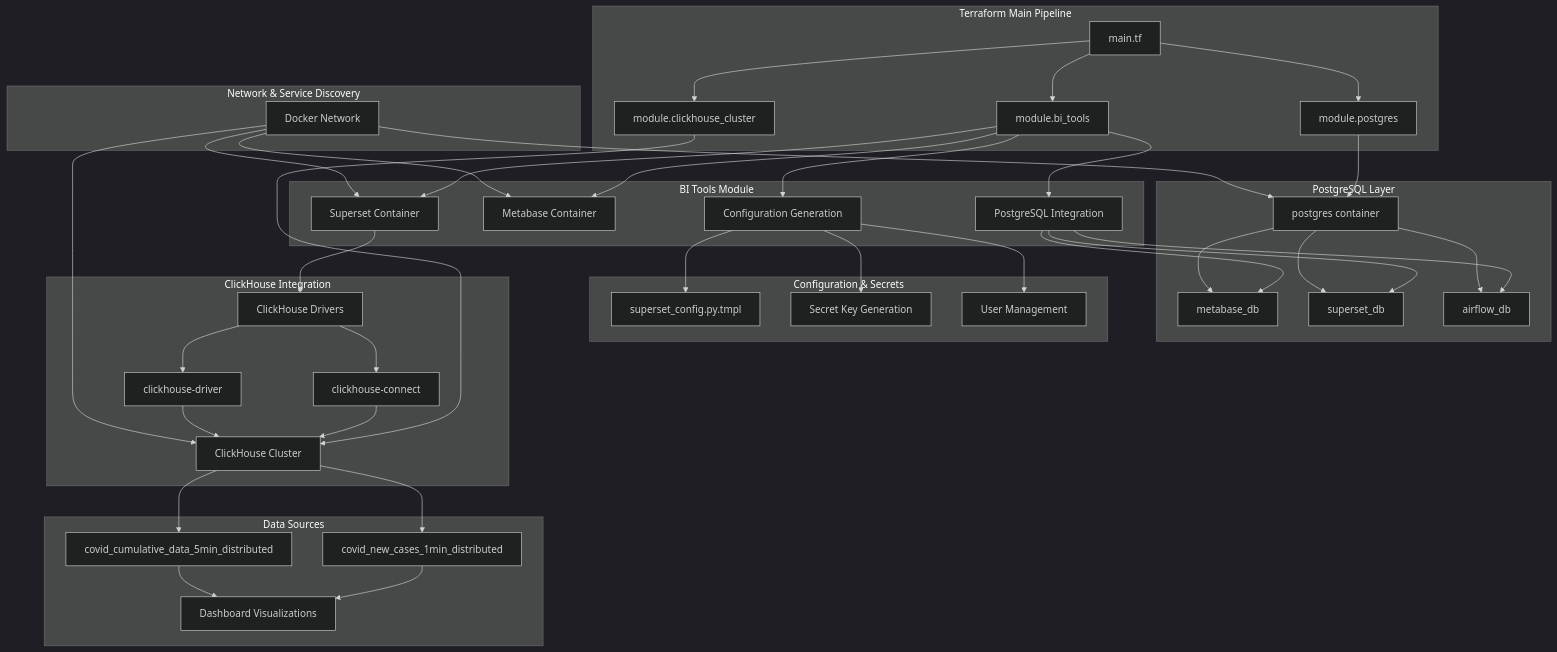
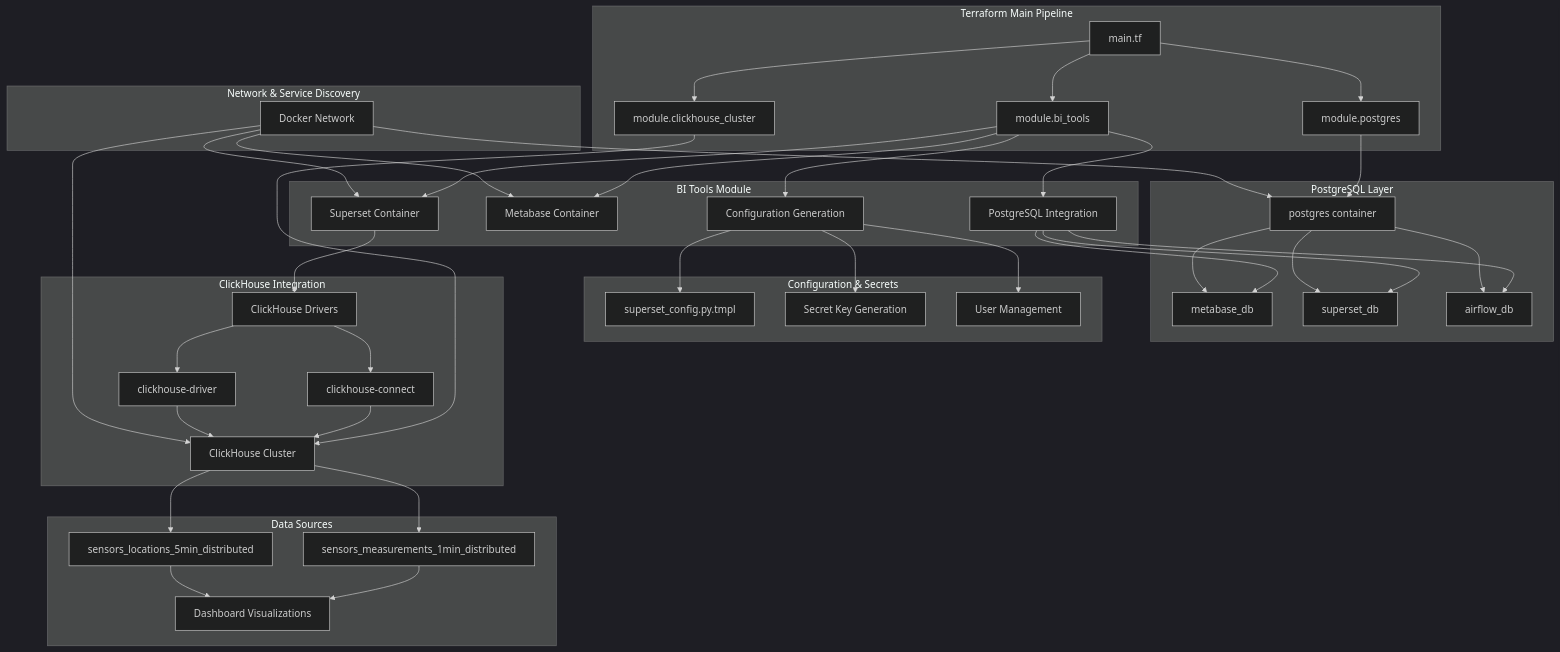
Before and after one commit to principalwater/clickhouse-engineering-course: the first of 7 diagrams in hw18_bi-integration/README.md, drawn with Mermaid (dark theme). The commit also changed other lines of this file and 21 other files, not shown here.

````diff
--- a/hw18_bi-integration/README.md
+++ b/hw18_bi-integration/README.md
@@ -110,54 +201,54 @@
 ```mermaid
 graph TB
     subgraph "Terraform Main Pipeline"
         A[main.tf] --> B[module.postgres]
         A --> C[module.bi_tools]
         A --> D[module.clickhouse_cluster]
     end
     
     subgraph "BI Tools Module"
         C --> E[PostgreSQL Integration]
         C --> F[Metabase Container]
         C --> G[Superset Container]
         C --> H[Configuration Generation]
     end
     
     subgraph "PostgreSQL Layer"
         B --> I[postgres container]
         E --> J[metabase_db]
         E --> K[superset_db] 
         E --> L[airflow_db]
         I --> J
         I --> K
         I --> L
     end
     
     subgraph "Configuration & Secrets"
         H --> M[superset_config.py.tmpl]
         H --> N[Secret Key Generation]
         H --> O[User Management]
     end
     
     subgraph "ClickHouse Integration"
         G --> P[ClickHouse Drivers]
         P --> Q[clickhouse-connect]
         P --> R[clickhouse-driver]
         D --> S[ClickHouse Cluster]
         Q --> S
         R --> S
     end
     
     subgraph "Network & Service Discovery"
         T[Docker Network] --> F
         T --> G
         T --> I
         T --> S
     end
     
     subgraph "Data Sources"
-        S --> U[covid_new_cases_1min_distributed]
-        S --> V[covid_cumulative_data_5min_distributed]
+        S --> U[sensors_measurements_1min_distributed]
+        S --> V[sensors_locations_5min_distributed]
         U --> W[Dashboard Visualizations]
         V --> W
     end
 ```
````
